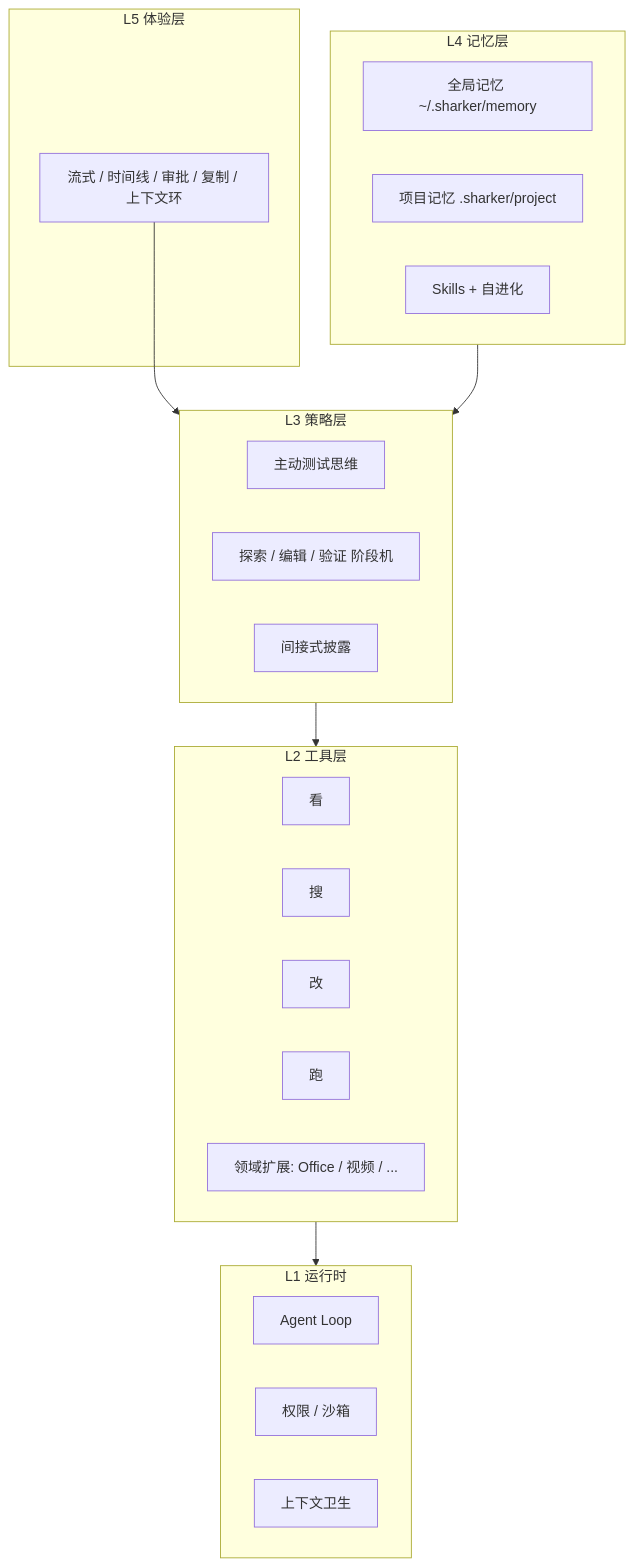
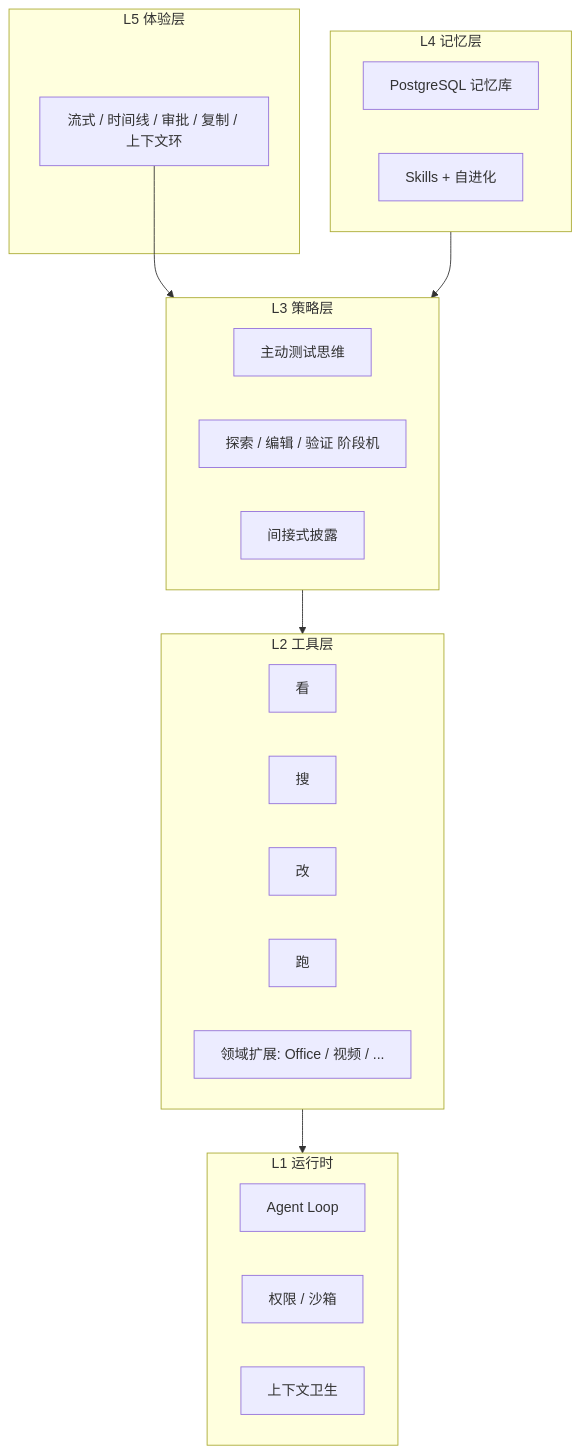
Before and after one commit to syy-shark/sharker: the first of 3 diagrams in docs/roadmap-harness.md, drawn with Mermaid. The commit also changed other lines of this file and 202 other files, not shown here.

````diff
--- a/docs/roadmap-harness.md
+++ b/docs/roadmap-harness.md
@@ -9,32 +9,31 @@
 ```mermaid
 flowchart TB
   subgraph L5 [L5 体验层]
     UI[流式 / 时间线 / 审批 / 复制 / 上下文环]
   end
   subgraph L4 [L4 记忆层]
-    GlobalMem[全局记忆 ~/.sharker/memory]
-    ProjMem[项目记忆 .sharker/project]
+    MemStore[PostgreSQL 记忆库]
     Skills[Skills + 自进化]
   end
   subgraph L3 [L3 策略层]
     TestMind[主动测试思维]
     Phases[探索 / 编辑 / 验证 阶段机]
     Disclose[间接式披露]
   end
   subgraph L2 [L2 工具层]
     Read[看]
     Search[搜]
     Edit[改]
     Run[跑]
     Domain[领域扩展: Office / 视频 / ...]
   end
   subgraph L1 [L1 运行时]
     Loop[Agent Loop]
     Perm[权限 / 沙箱]
     Ctx[上下文卫生]
   end
   UI --> L3
   L4 --> L3
   L3 --> L2
   L2 --> L1
 ```
````
